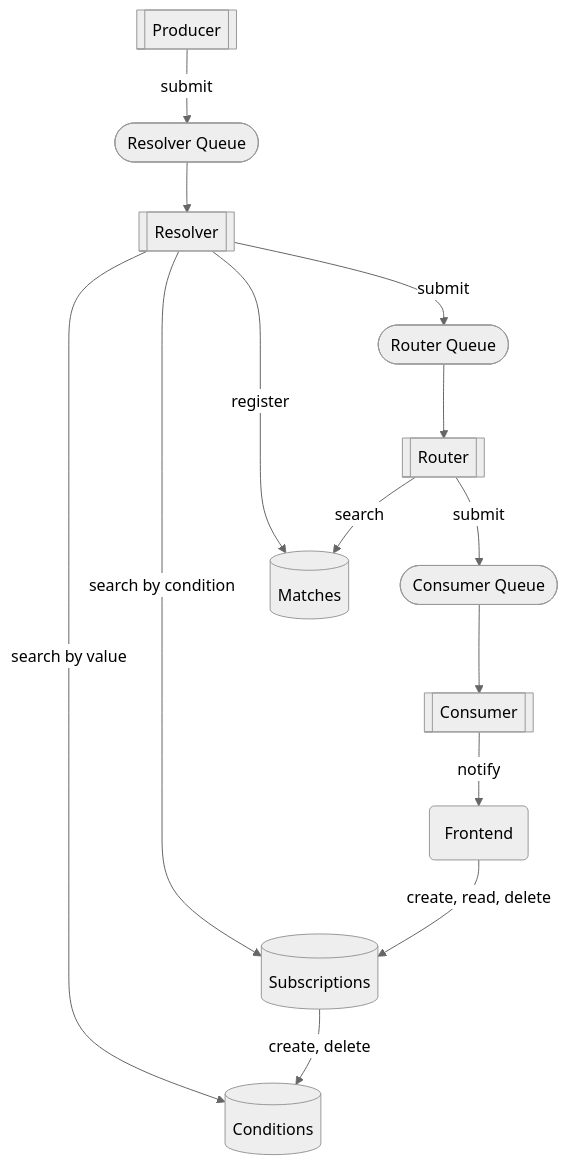
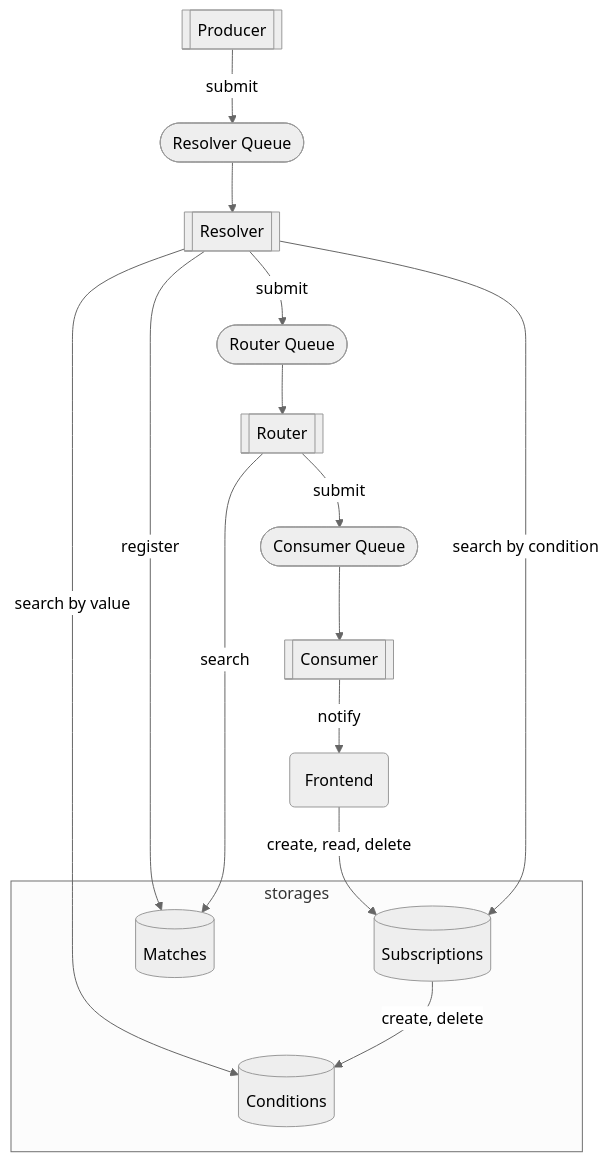
The second of 2 diagrams in profile/README.md (awakari/.github), drawn with Mermaid before and after one commit.

````diff
--- a/profile/README.md
+++ b/profile/README.md
@@ -161,22 +161,24 @@
 ```mermaid
 %%{init: {'theme': 'neutral' } }%%
 flowchart TB
+    subgraph storages
         conditions[(Conditions)]
         subscriptions[(Subscriptions)]
         matches[(Matches)]
+    end
         producer[[Producer]]
         resolverQueue([Resolver Queue])
         resolver[[Resolver]]
         routerQueue([Router Queue])
         router[[Router]]
         consumerQueue([Consumer Queue])
         consumer[[Consumer]]
     frontend(Frontend) -->|create, read, delete| subscriptions
     producer -->|submit| resolverQueue
     resolver -->|search by value| conditions
     resolver --> |search by condition| subscriptions
     resolver --> |register| matches
     subscriptions --> |create, delete| conditions
     router --> |search| matches
     resolverQueue --> resolver -->|submit| routerQueue --> router -->|submit| consumerQueue --> consumer -->|notify| frontend
 ```
````
